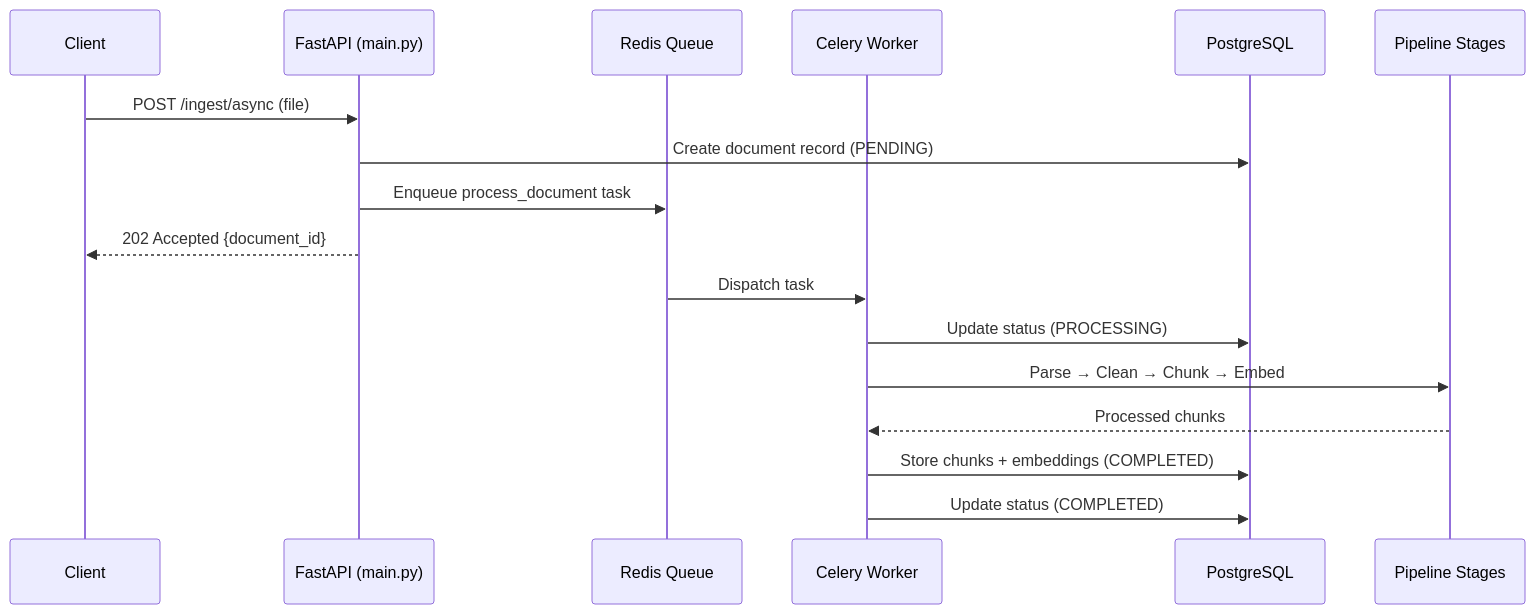
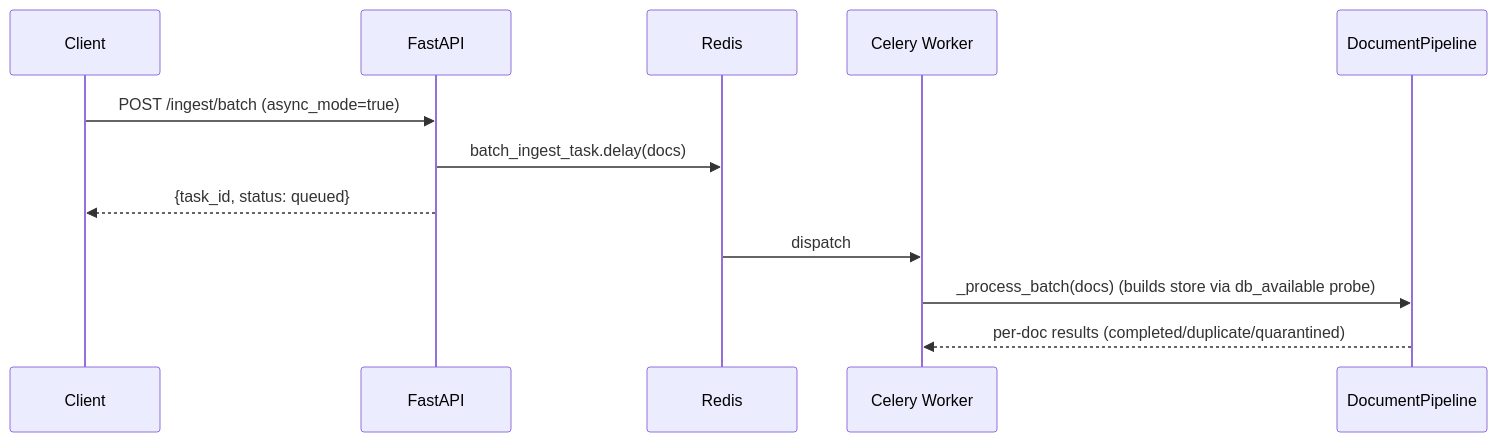
Before and after one commit to FishRaposo/document-intelligence-pipeline: the second of 4 diagrams in docs/architecture.md, drawn with Mermaid. The commit also changed other lines of this file and 96 other files, not shown here.

````diff
--- a/docs/architecture.md
+++ b/docs/architecture.md
@@ -83,20 +83,15 @@
 ```mermaid
 sequenceDiagram
     participant Client
-    participant FastAPI as FastAPI (main.py)
-    participant Redis as Redis Queue
+    participant API as FastAPI
+    participant Redis
     participant Worker as Celery Worker
-    participant DB as PostgreSQL
-    participant Pipeline as Pipeline Stages
+    participant P as DocumentPipeline
 
-    Client->>FastAPI: POST /ingest/async (file)
-    FastAPI->>DB: Create document record (PENDING)
-    FastAPI->>Redis: Enqueue process_document task
-    FastAPI-->>Client: 202 Accepted {document_id}
-    Redis->>Worker: Dispatch task
-    Worker->>DB: Update status (PROCESSING)
-    Worker->>Pipeline: Parse → Clean → Chunk → Embed
-    Pipeline-->>Worker: Processed chunks
-    Worker->>DB: Store chunks + embeddings (COMPLETED)
-    Worker->>DB: Update status (COMPLETED)
+    Client->>API: POST /ingest/batch (async_mode=true)
+    API->>Redis: batch_ingest_task.delay(docs)
+    API-->>Client: {task_id, status: queued}
+    Redis->>Worker: dispatch
+    Worker->>P: _process_batch(docs)  (builds store via db_available probe)
+    P-->>Worker: per-doc results (completed/duplicate/quarantined)
 ```
````
